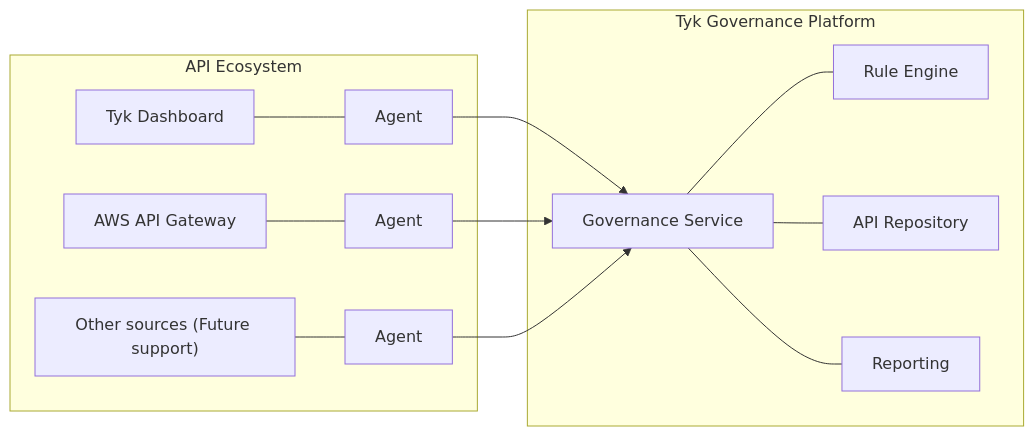
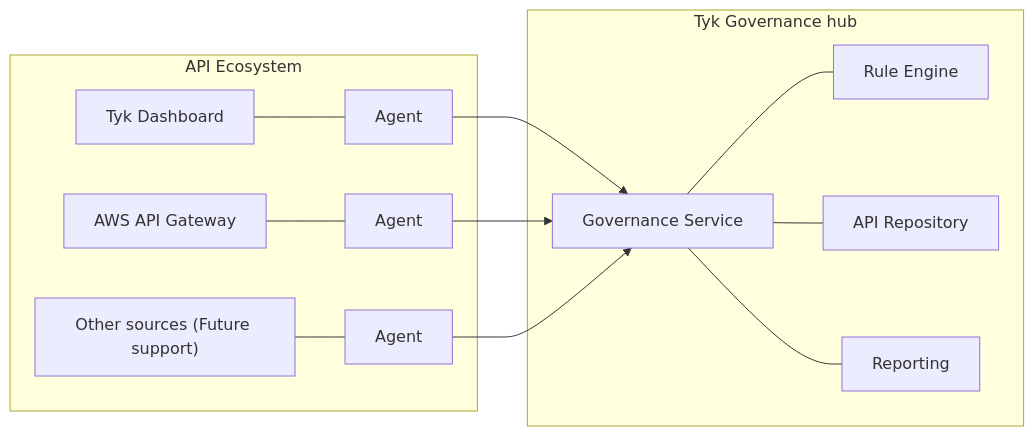
The first of 3 diagrams in tyk-docs/content/tyk-governance/core-concepts.md (TykTechnologies/tyk-docs-hugo), drawn with Mermaid before and after one commit. The commit also changed other lines of this file and 8 other files, not shown here.

````diff
--- a/tyk-docs/content/tyk-governance/core-concepts.md
+++ b/tyk-docs/content/tyk-governance/core-concepts.md
@@ -16,18 +16,18 @@
 ```mermaid
 flowchart LR
-    subgraph "Tyk Governance Platform"
+    subgraph "Tyk Governance hub"
         GS["Governance Service"] --- RE["Rule Engine"]
         GS --- AR["API Repository"]
         GS --- RP["Reporting"]
     end
     
     subgraph "API Ecosystem"
         TG["Tyk Dashboard"] --- AG1["Agent"]
         AWS["AWS API Gateway"] --- AG2["Agent"]
         OTHER["Other sources (Future support)"] --- AG3["Agent"]
     end
     
     AG1 --> GS
     AG2 --> GS
     AG3 --> GS
 ```
````
